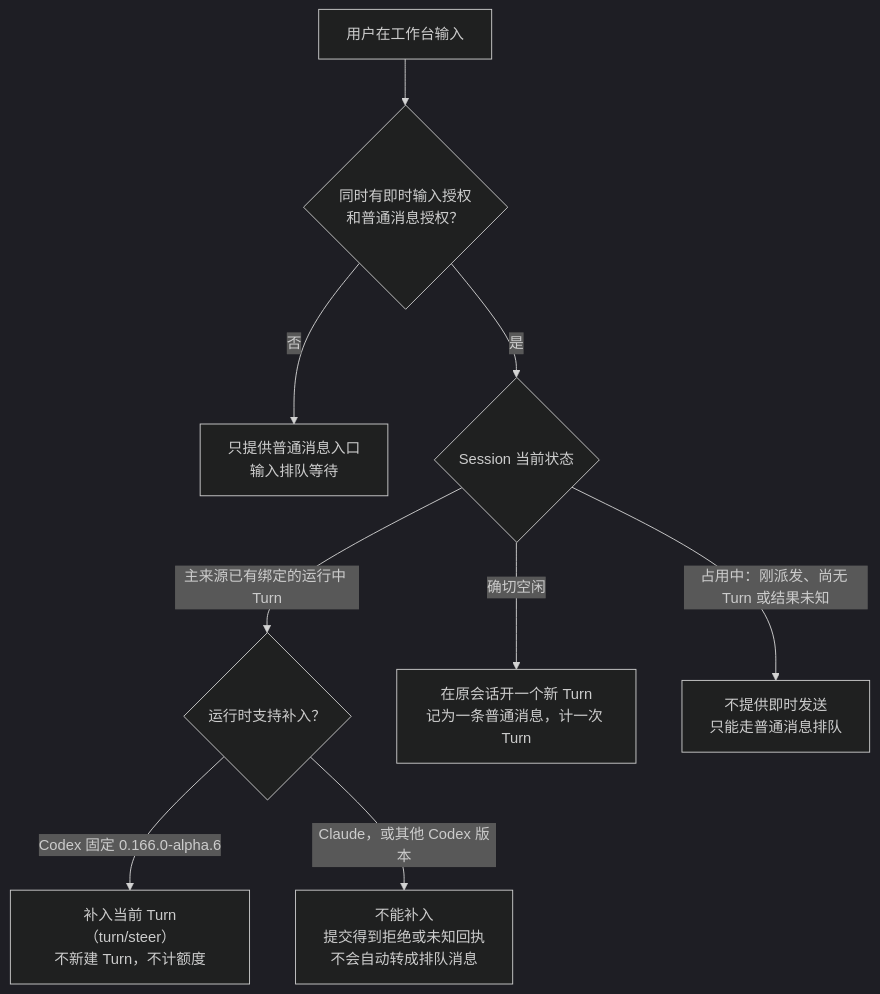
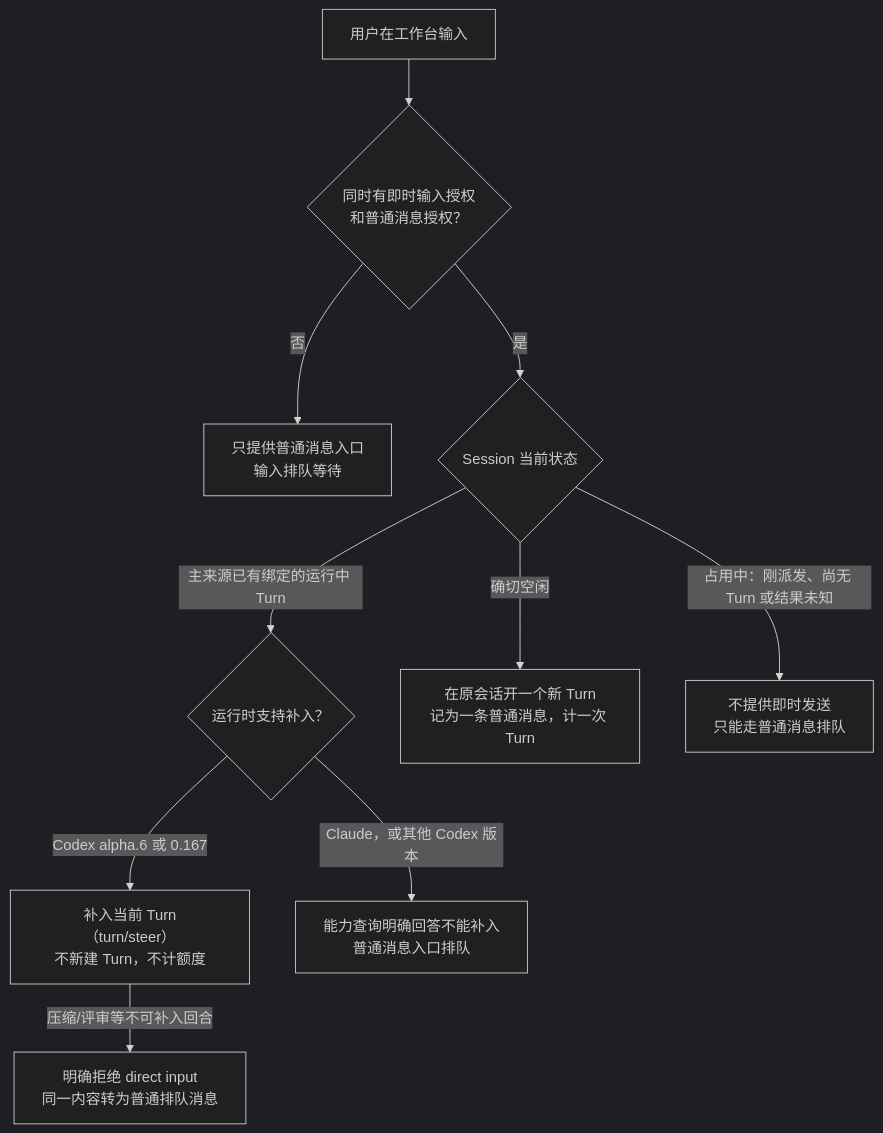
One commit to cyl19970726/evoLoop changed the second of 2 diagrams in docs/architecture/session-runtime.md. Above: the diagram before and after it, drawn with Mermaid (dark theme). The commit also changed other lines of this file and 33 other files, not shown here.

Commit message:
feat(session): split Codex steer capability and add per-session input lock

````diff
--- a/docs/architecture/session-runtime.md
+++ b/docs/architecture/session-runtime.md
@@ -100,11 +100,12 @@
 ```mermaid
 flowchart TD
   M["用户在工作台输入"] --> G{"同时有即时输入授权<br/>和普通消息授权？"}
   G -->|否| Q["只提供普通消息入口<br/>输入排队等待"]
   G -->|是| S{"Session 当前状态"}
   S -->|"主来源已有绑定的运行中 Turn"| R{"运行时支持补入？"}
-  R -->|"Codex 固定 0.166.0-alpha.6"| ST["补入当前 Turn（turn/steer）<br/>不新建 Turn，不计额度"]
-  R -->|"Claude，或其他 Codex 版本"| NO["不能补入<br/>提交得到拒绝或未知回执<br/>不会自动转成排队消息"]
+  R -->|"Codex alpha.6 或 0.167"| ST["补入当前 Turn（turn/steer）<br/>不新建 Turn，不计额度"]
+  R -->|"Claude，或其他 Codex 版本"| NO["能力查询明确回答不能补入<br/>普通消息入口排队"]
+  ST -->|"压缩/评审等不可补入回合"| NQ["明确拒绝 direct input<br/>同一内容转为普通排队消息"]
   S -->|"确切空闲"| START["在原会话开一个新 Turn<br/>记为一条普通消息，计一次 Turn"]
   S -->|"占用中：刚派发、尚无 Turn 或结果未知"| BUSY["不提供即时发送<br/>只能走普通消息排队"]
 ```
````
